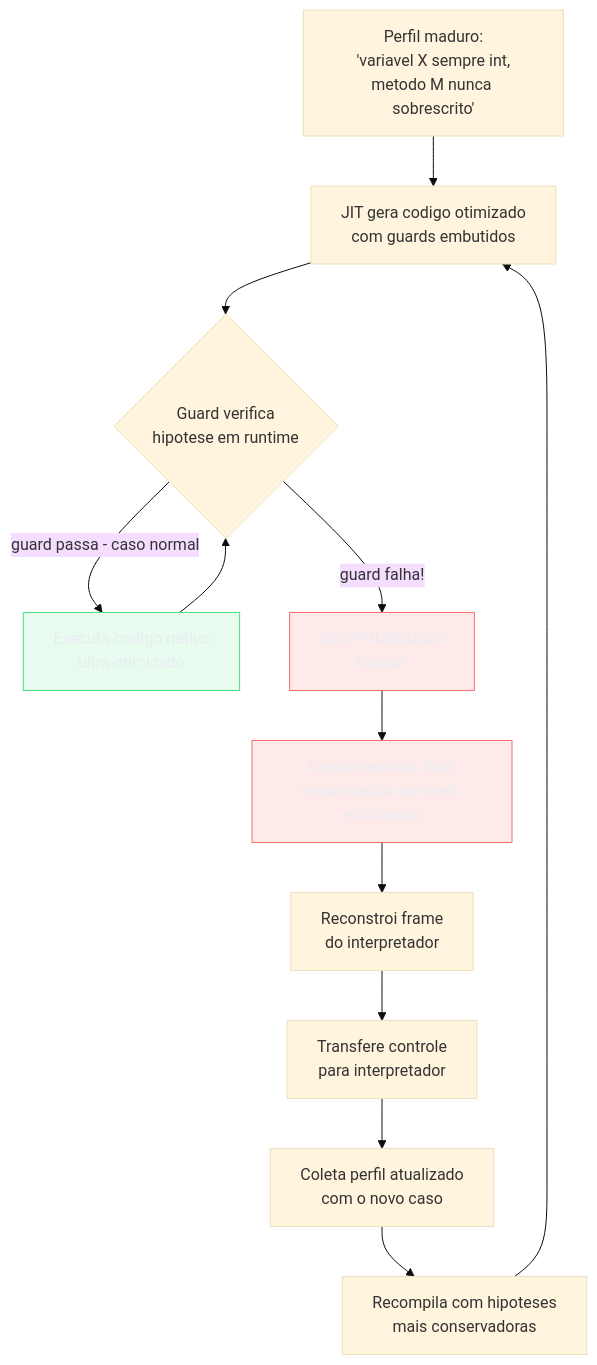
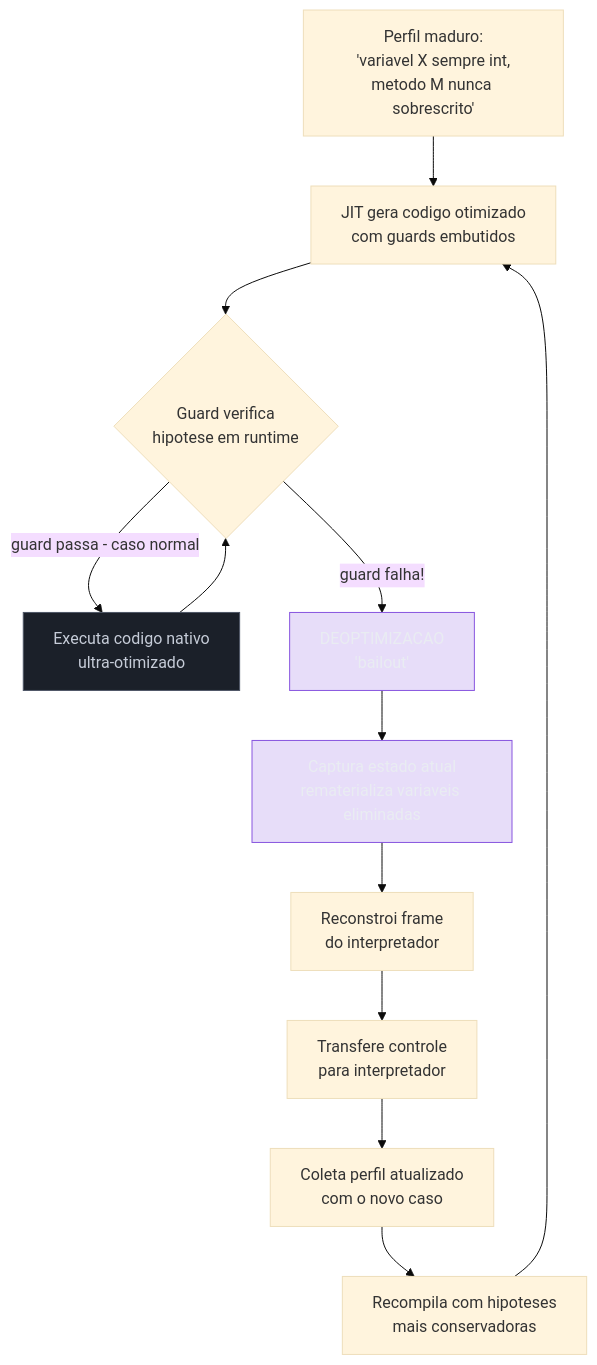
Before and after one commit to josenaldo/codex-technomanticus: the fourth of 5 diagrams in 03-Dominios/Ciência/Compiladores e Linguagens/17 - JIT a fundo.md, drawn with Mermaid (base theme). The commit also changed other lines of this file and 601 other files, not shown here.

````diff
--- a/03-Dominios/Ciência/Compiladores e Linguagens/17 - JIT a fundo.md
+++ b/03-Dominios/Ciência/Compiladores e Linguagens/17 - JIT a fundo.md
@@ -238,20 +238,20 @@
 ```mermaid
 flowchart TD
-    classDef ok fill:#4ADE8021,stroke:#4ADE80,color:#E9ECF2
-    classDef falha fill:#FF6B6B24,stroke:#FF6B6B,color:#E9ECF2
+    classDef marca fill:#8855DF33,stroke:#8855DF,color:#E9ECF2
+    classDef neutro fill:#1B2029,stroke:#4E5666,color:#C6CCD8
     A["Perfil maduro:\n'variavel X sempre int,\nmetodo M nunca sobrescrito'"] --> B["JIT gera codigo otimizado\ncom guards embutidos"]
     B --> C{"Guard verifica\nhipotese em runtime"}
     C -->|"guard passa - caso normal"| D["Executa codigo nativo\nultra-otimizado"]
     D --> C
     C -->|"guard falha!"| E["DEOPTIMIZACAO\n'bailout'"]
     E --> F["Captura estado atual\nrematerializa variaveis eliminadas"]
     F --> G["Reconstroi frame\ndo interpretador"]
     G --> H["Transfere controle\npara interpretador"]
     H --> I["Coleta perfil atualizado\ncom o novo caso"]
     I --> J["Recompila com hipoteses\nmais conservadoras"]
     J --> B
 
-    class D ok
-    class E falha
-    class F falha
+    class D neutro
+    class E marca
+    class F marca
 ```
````
